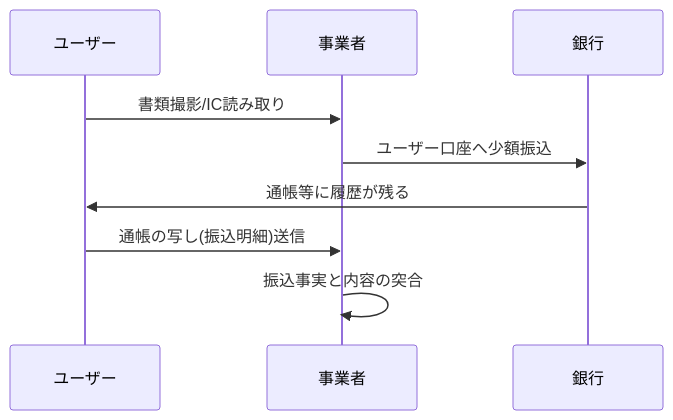
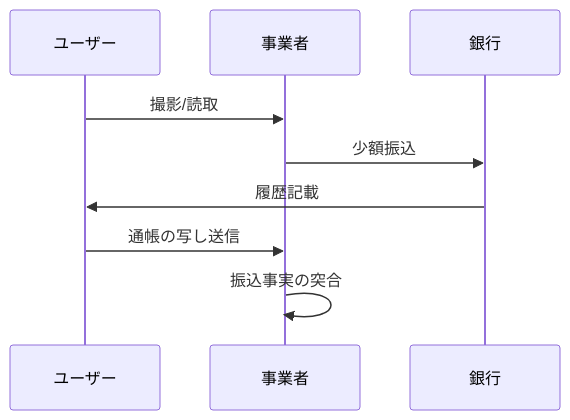
Before and after one commit to CiderH2CO3/study-hanshuho: diagram 12 of 21 in hanshuho.md, drawn with Mermaid. The commit also changed other lines of this file and 1 other file, not shown here.

````diff
--- a/hanshuho.md
+++ b/hanshuho.md
@@ -420,11 +429,11 @@
 ```mermaid
 sequenceDiagram
     participant User as ユーザー
     participant Biz as 事業者
     participant Bank as 銀行
-    User->>Biz: 書類撮影/IC読み取り
-    Biz->>Bank: ユーザー口座へ少額振込
-    Bank->>User: 通帳等に履歴が残る
-    User->>Biz: 通帳の写し(振込明細)送信
-    Biz->>Biz: 振込事実と内容の突合
+    User->>Biz: 撮影/読取
+    Biz->>Bank: 少額振込
+    Bank->>User: 履歴記載
+    User->>Biz: 通帳の写し送信
+    Biz->>Biz: 振込事実の突合
 ```
````
